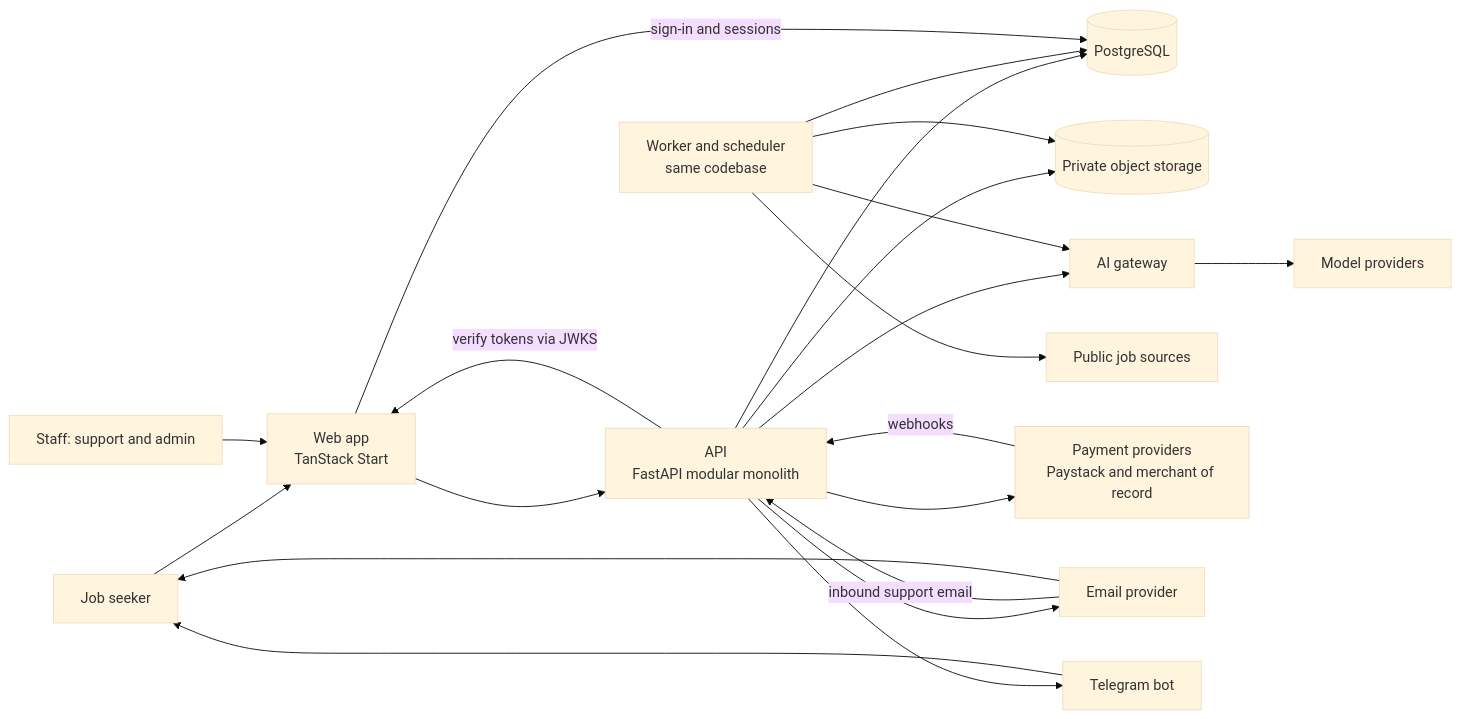
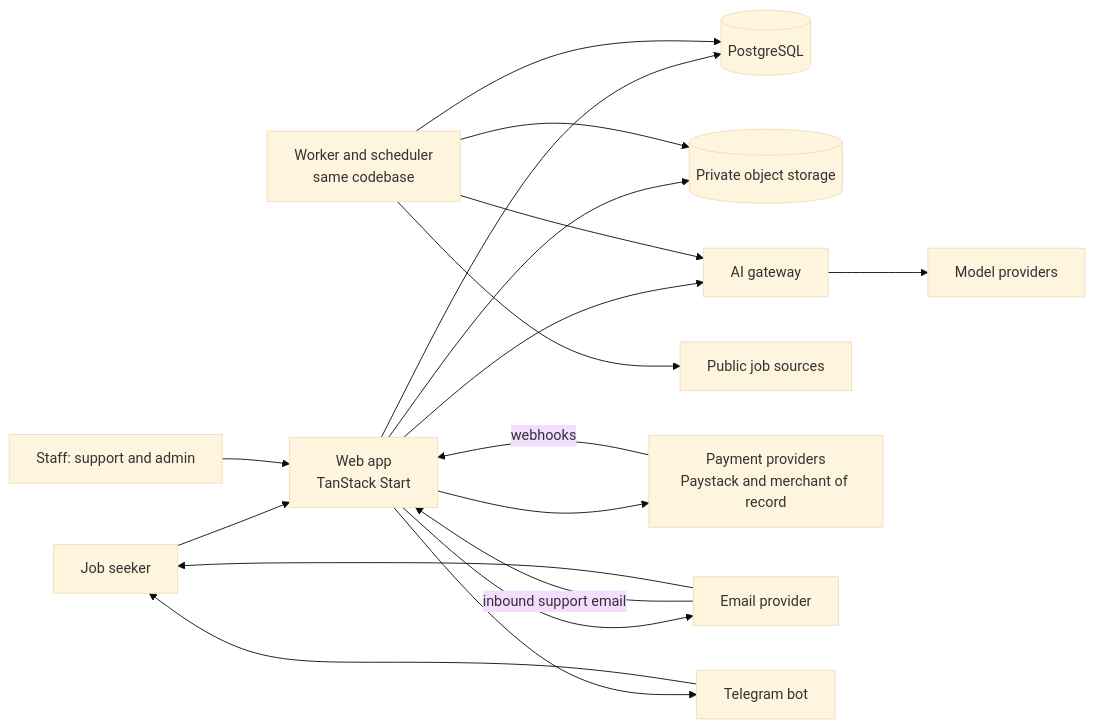
Before and after one commit to A7-studio/jobmigo: the first of 4 diagrams in docs/technical-design.md, drawn with Mermaid (base theme). The commit also changed other lines of this file and 90 other files, not shown here.

````diff
--- a/docs/technical-design.md
+++ b/docs/technical-design.md
@@ -23,23 +23,20 @@
 ```mermaid
 flowchart LR
   U[Job seeker] --> WEB[Web app<br/>TanStack Start]
   S[Staff: support and admin] --> WEB
-  WEB --> API[API<br/>FastAPI modular monolith]
-  API --> DB[(PostgreSQL)]
-  API --> OBJ[(Private object storage)]
+  WEB --> DB[(PostgreSQL)]
+  WEB --> OBJ[(Private object storage)]
   WRK[Worker and scheduler<br/>same codebase] --> DB
   WRK --> OBJ
-  API --> AIG[AI gateway]
+  WEB --> AIG[AI gateway]
   WRK --> AIG
   AIG --> LLM[Model providers]
   WRK --> SRC[Public job sources]
-  WEB -- sign-in and sessions --> DB
-  API -- verify tokens via JWKS --> WEB
-  API --> PAY[Payment providers<br/>Paystack and merchant of record]
-  PAY -- webhooks --> API
-  API --> MAIL[Email provider]
-  MAIL -- inbound support email --> API
-  API --> TG[Telegram bot]
+  WEB --> PAY[Payment providers<br/>Paystack and merchant of record]
+  PAY -- webhooks --> WEB
+  WEB --> MAIL[Email provider]
+  MAIL -- inbound support email --> WEB
+  WEB --> TG[Telegram bot]
   TG --> U
   MAIL --> U
 ```
````
